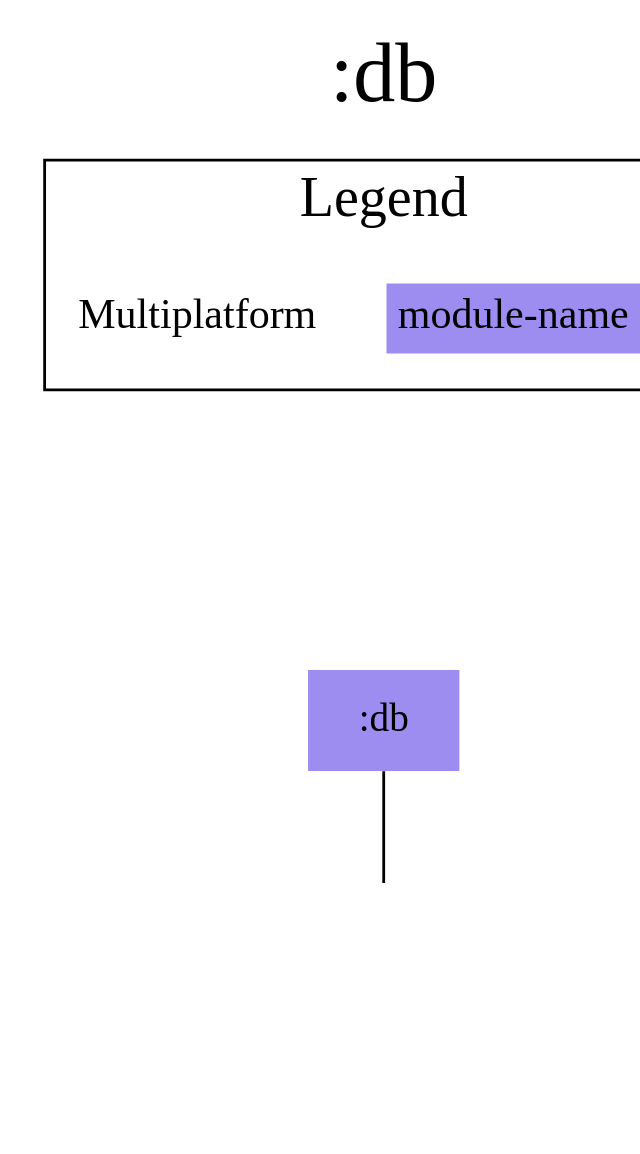
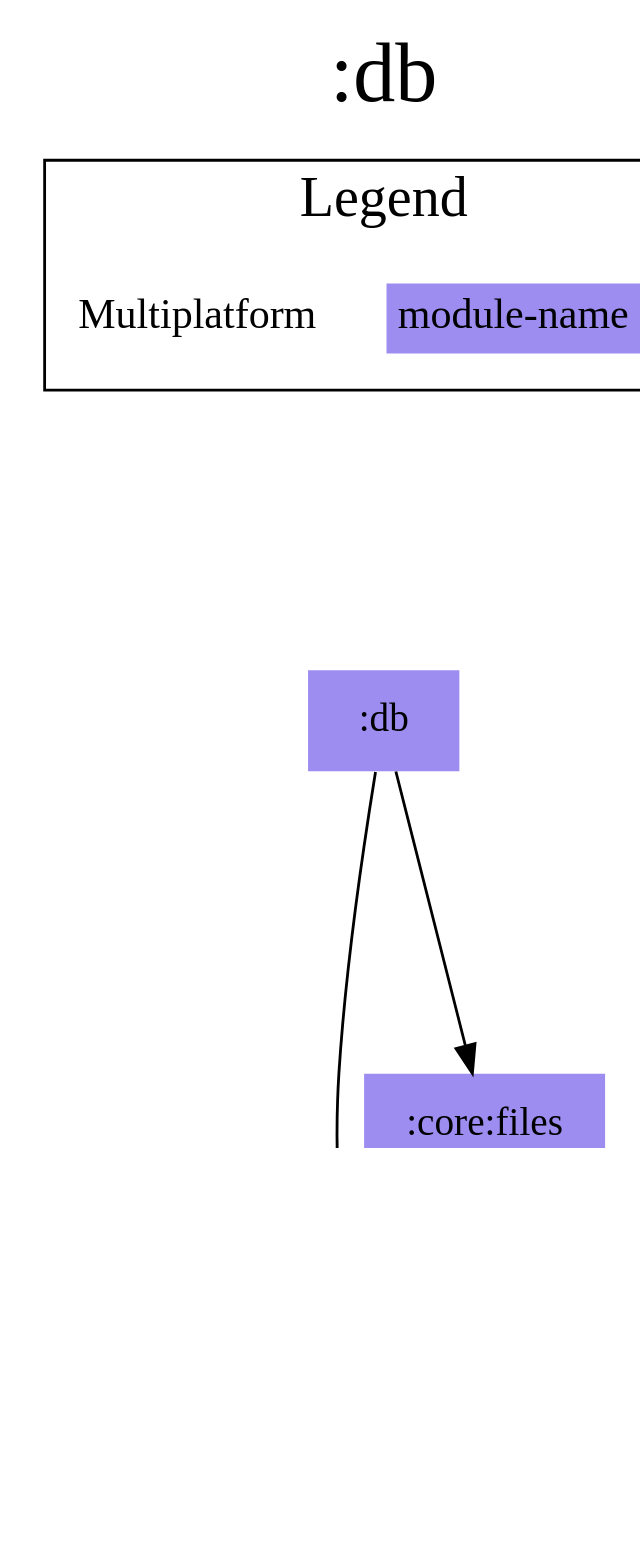
One commit to jonapoul/aktual changed the diagram in modules/db/modules.dot. Above: the diagram before and after it, drawn with Graphviz. The commit also changed 23 other files, not shown here.

```diff
--- a/modules/db/modules.dot
+++ b/modules/db/modules.dot
@@ -1,21 +1,24 @@
 digraph {
 edge ["dir"="forward"]
 graph ["dpi"="100","label"=":db","labelloc"="t","fontsize"="30","ranksep"="1.5","rankdir"="TB"]
 node ["style"="filled"]
 ":budget:model" ["fillcolor"="#9D8DF1","shape"="none"]
+":core:files" ["fillcolor"="#9D8DF1","shape"="none"]
 ":db" ["fillcolor"="#9D8DF1","shape"="none"]
 {
 edge ["dir"="none"]
 graph ["rank"="same"]
 }
+":core:files" -> ":budget:model"
 ":db" -> ":budget:model"
+":db" -> ":core:files"
 subgraph "cluster_legend" {
 edge ["dir"="none"]
 graph ["label"="Legend","fontsize"="20"]
 "Legend" ["style"="filled","fillcolor"="#FFFFFF","shape"="none","margin"="0","fontsize"="15","label"=<
 <TABLE BORDER="0" CELLBORDER="0" CELLSPACING="0" CELLPADDING="4">
 <TR><TD>Multiplatform</TD><TD BGCOLOR="#9D8DF1">module-name</TD></TR>
 </TABLE>
 >]
 } -> ":db" ["style"="invis"]
 }
```
